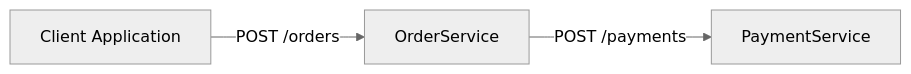
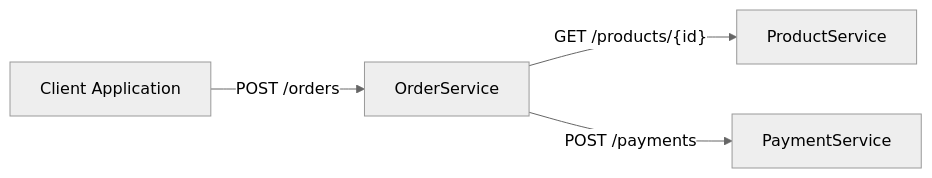
One commit to MarcinGargala/contract-tests changed the second of 3 diagrams in README.md. Above: the diagram before and after it, drawn with Mermaid (neutral theme). The commit also changed other lines of this file and 12 other files, not shown here.

````diff
--- a/README.md
+++ b/README.md
@@ -26,9 +80,11 @@
 ```mermaid
 flowchart LR
     Client[Client Application]
     OrderService[OrderService]
     PaymentService[PaymentService]
+    ProductService[ProductService]
 
     Client -->|POST /orders| OrderService
+    OrderService -->|"GET /products/{id}"| ProductService
     OrderService -->|POST /payments| PaymentService
 ```
````
